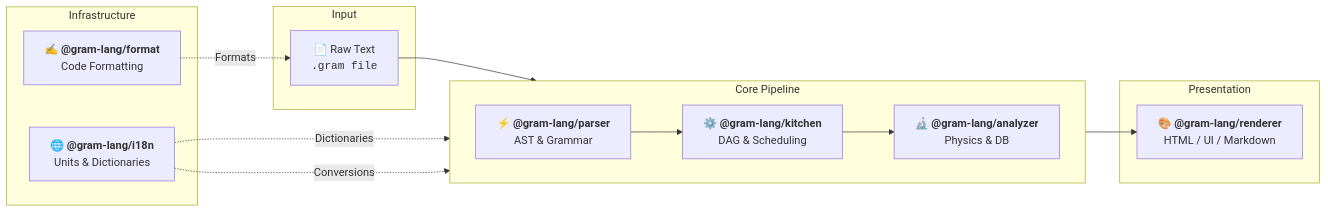
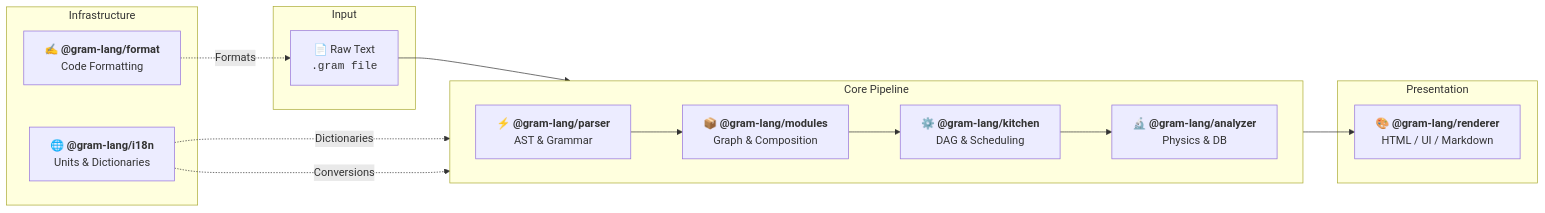
One commit to gram-lang/gram changed the diagram in packages/docs/src/content/docs/docs/explanation/engine/lifecycle.mdx. Above: the diagram before and after it, drawn with Mermaid. The commit also changed other lines of this file and 17 other files, not shown here.

Commit message:
docs: add @gram-lang/modules reference and engine architecture guides

````diff
--- a/packages/docs/src/content/docs/docs/explanation/engine/lifecycle.mdx
+++ b/packages/docs/src/content/docs/docs/explanation/engine/lifecycle.mdx
@@ -52,30 +55,31 @@
 ```mermaid
 flowchart LR
     subgraph Input ["Input"]
         Raw["📄 Raw Text<br/><code>.gram file</code>"]
     end
 
     subgraph Pipeline ["Core Pipeline"]
         direction LR
         Parser["⚡ <b>@gram-lang/parser</b><br/>AST & Grammar"]
+        Modules["📦 <b>@gram-lang/modules</b><br/>Graph & Composition"]
         Kitchen["⚙️ <b>@gram-lang/kitchen</b><br/>DAG & Scheduling"]
         Analyzer["🔬 <b>@gram-lang/analyzer</b><br/>Physics & DB"]
 
-        Parser --> Kitchen --> Analyzer
+        Parser --> Modules --> Kitchen --> Analyzer
     end
 
     subgraph Output ["Presentation"]
         Renderer["🎨 <b>@gram-lang/renderer</b><br/>HTML / UI / Markdown"]
     end
 
     subgraph Infra ["Infrastructure"]
         Format["✍️ <b>@gram-lang/format</b><br/>Code Formatting"]
         I18n["🌐 <b>@gram-lang/i18n</b><br/>Units & Dictionaries"]
     end
 
     Raw --> Parser
     Analyzer --> Renderer
     Format -. Formats .-> Raw
     I18n -. Dictionaries .-> Kitchen
     I18n -. Conversions .-> Analyzer
 ```
````
